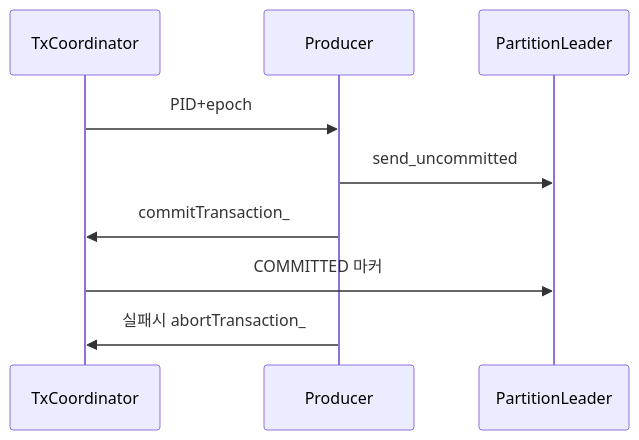
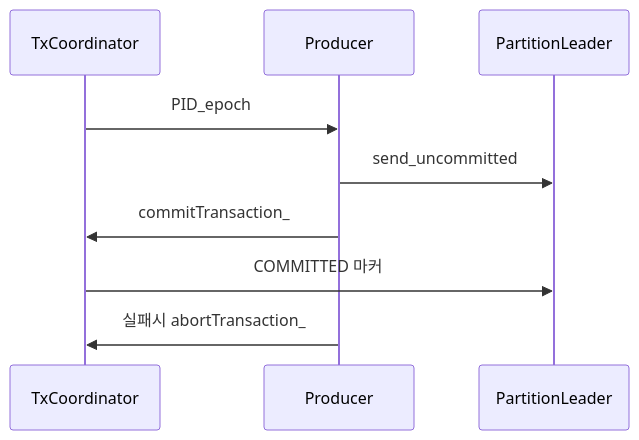
Diagram 15 of 21 in _posts/kafka/2026-05-01-kafka-internals.md (yjkim2015/yjkim2015.github.io), drawn with Mermaid before and after one commit. The commit also changed 38 other files, not shown here.

First line of the commit message:
Mermaid 파싱 에러 최종 수정 + 화살표 간격 확대

````diff
--- a/_posts/kafka/2026-05-01-kafka-internals.md
+++ b/_posts/kafka/2026-05-01-kafka-internals.md
@@ -406,8 +406,8 @@
 ```mermaid
 sequenceDiagram
-    TxCoordinator->>Producer: PID+epoch
+    TxCoordinator->>Producer: PID_epoch
     Producer->>PartitionLeader: send_uncommitted
     Producer->>TxCoordinator: commitTransaction_
     TxCoordinator->>PartitionLeader: COMMITTED 마커
     Producer->>TxCoordinator: 실패시 abortTransaction_
 ```
````
